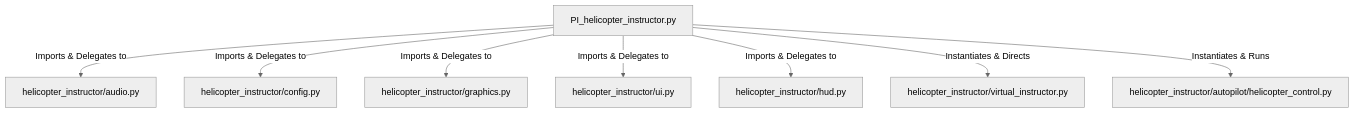
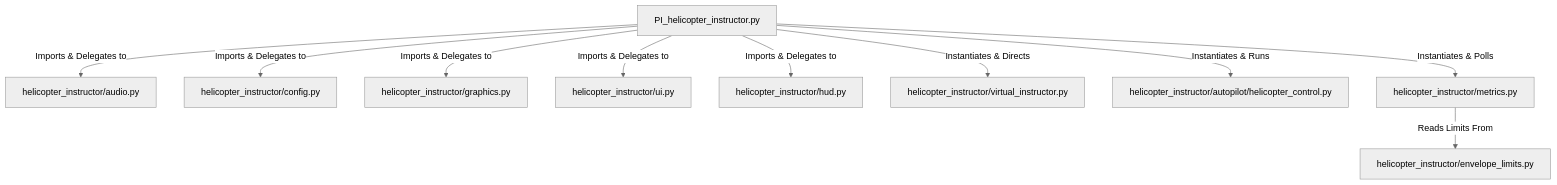
The diagram in v2/docs/developer_documentation.md (leczb/helicopter-instructor), drawn with Mermaid (neutral theme) before and after one commit. The commit also changed other lines of this file and 4 other files, not shown here.

````diff
--- a/v2/docs/developer_documentation.md
+++ b/v2/docs/developer_documentation.md
@@ -49,10 +49,12 @@
 ```mermaid
 graph TD
     PI[PI_helicopter_instructor.py] -->|Imports & Delegates to| Audio[helicopter_instructor/audio.py]
     PI -->|Imports & Delegates to| Config[helicopter_instructor/config.py]
     PI -->|Imports & Delegates to| Graphics[helicopter_instructor/graphics.py]
     PI -->|Imports & Delegates to| UI[helicopter_instructor/ui.py]
     PI -->|Imports & Delegates to| HUD[helicopter_instructor/hud.py]
     PI -->|Instantiates & Directs| VI[helicopter_instructor/virtual_instructor.py]
     PI -->|Instantiates & Runs| HC[helicopter_instructor/autopilot/helicopter_control.py]
+    PI -->|Instantiates & Polls| Metrics[helicopter_instructor/metrics.py]
+    Metrics -->|Reads Limits From| Limits[helicopter_instructor/envelope_limits.py]
 ```
````
